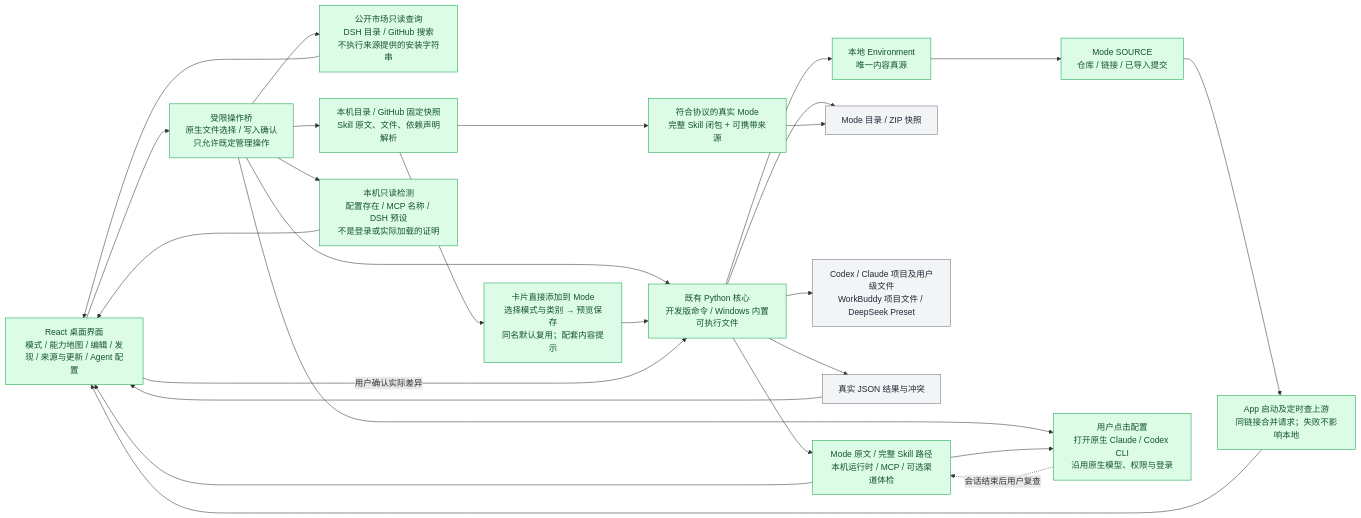
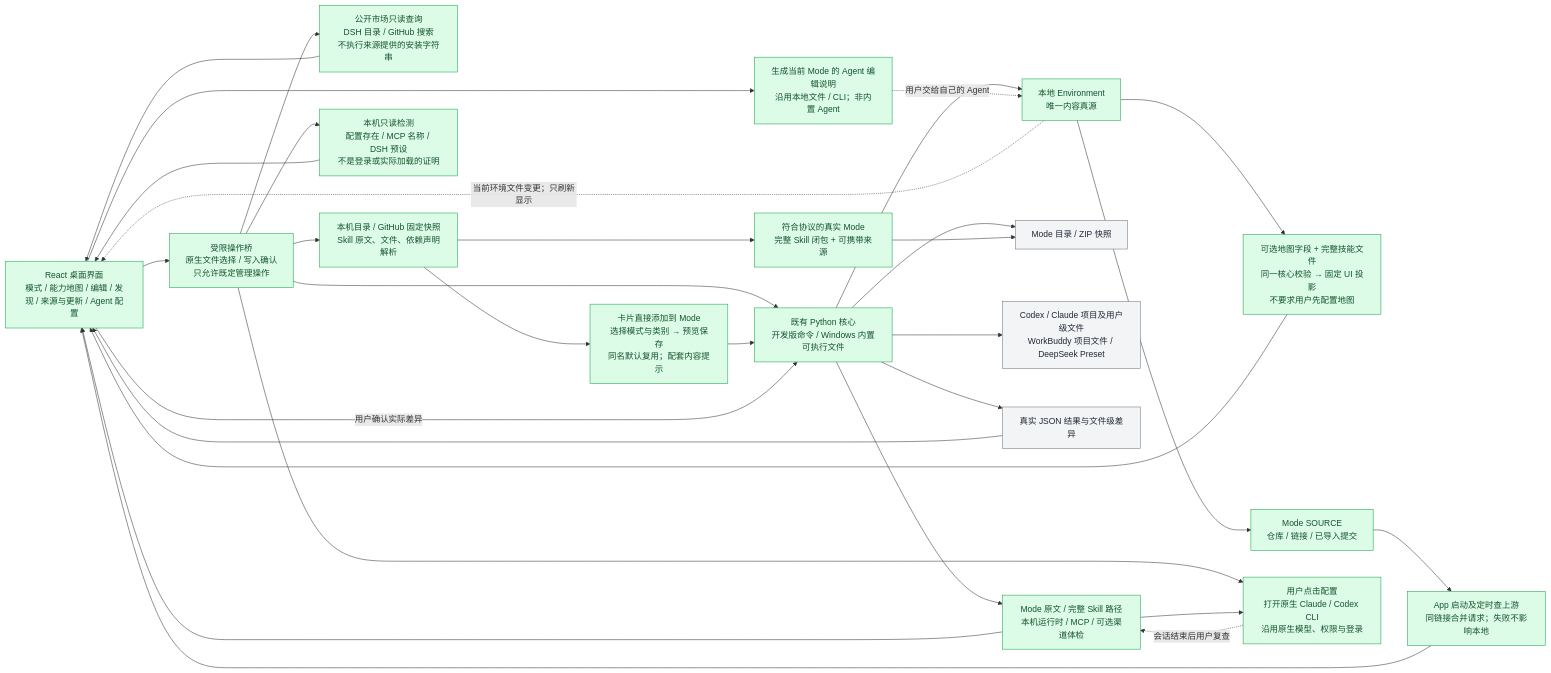
One commit to qihangzhang-272/asl-harness changed the seventh of 20 diagrams in docs/asl-architecture-views.md. Above: the diagram before and after it, drawn with Mermaid. The commit also changed other lines of this file and 4 other files, not shown here.

````diff
--- a/docs/asl-architecture-views.md
+++ b/docs/asl-architecture-views.md
@@ -624,32 +651,37 @@
 ```mermaid
 flowchart LR
     UI["React 桌面界面<br/>模式 / 能力地图 / 编辑 / 发现 / 来源与更新 / Agent 配置"] --> IPC["受限操作桥<br/>原生文件选择 / 写入确认<br/>只允许既定管理操作"]
     IPC --> CORE["既有 Python 核心<br/>开发版命令 / Windows 内置可执行文件"]
     CORE --> ENV["本地 Environment<br/>唯一内容真源"]
     CORE --> PACK["Mode 目录 / ZIP 快照"]
     CORE --> HOST["Codex / Claude 项目及用户级文件<br/>WorkBuddy 项目文件 / DeepSeek Preset"]
-    CORE --> RESULT["真实 JSON 结果与冲突"]
+    CORE --> RESULT["真实 JSON 结果与文件级差异"]
+    ENV --> FIELDS["可选地图字段 + 完整技能文件<br/>同一核心校验 → 固定 UI 投影<br/>不要求用户先配置地图"]
+    FIELDS --> UI
+    ENV -.当前环境文件变更；只刷新显示.-> UI
+    UI --> GUIDE["生成当前 Mode 的 Agent 编辑说明<br/>沿用本地文件 / CLI；非内置 Agent"]
+    GUIDE -.用户交给自己的 Agent.-> ENV
     IPC --> MARKET["公开市场只读查询<br/>DSH 目录 / GitHub 搜索<br/>不执行来源提供的安装字符串"]
     IPC --> SCAN["本机目录 / GitHub 固定快照<br/>Skill 原文、文件、依赖声明解析"]
     SCAN --> CHOICE["卡片直接添加到 Mode<br/>选择模式与类别 → 预览保存<br/>同名默认复用；配套内容提示"]
     CHOICE --> CORE
     SCAN --> REMOTE["符合协议的真实 Mode<br/>完整 Skill 闭包 + 可携带来源"]
     REMOTE --> PACK
     ENV --> ORIGIN["Mode SOURCE<br/>仓库 / 链接 / 已导入提交"]
     ORIGIN --> POLL["App 启动及定时查上游<br/>同链接合并请求；失败不影响本地"]
     POLL --> UI
     UI -->|用户确认实际差异| CORE
     IPC --> NATIVE["本机只读检测<br/>配置存在 / MCP 名称 / DSH 预设<br/>不是登录或实际加载的证明"]
     CORE --> CHECK["Mode 原文 / 完整 Skill 路径<br/>本机运行时 / MCP / 可选渠道体检"]
     IPC --> ASSIST["用户点击配置<br/>打开原生 Claude / Codex CLI<br/>沿用原生模型、权限与登录"]
     CHECK --> ASSIST
     ASSIST -.会话结束后用户复查.-> CHECK
     CHECK --> UI
     MARKET --> UI
     NATIVE --> UI
     RESULT --> UI
     classDef done fill:#dcfce7,stroke:#16a34a,color:#14532d;
     classDef generated fill:#f3f4f6,stroke:#6b7280,color:#1f2937;
-    class UI,IPC,CORE,ENV,MARKET,SCAN,CHOICE,NATIVE,CHECK,ASSIST,REMOTE,ORIGIN,POLL done;
+    class UI,IPC,CORE,ENV,FIELDS,GUIDE,MARKET,SCAN,CHOICE,NATIVE,CHECK,ASSIST,REMOTE,ORIGIN,POLL done;
     class PACK,HOST,RESULT generated;
 ```
````
